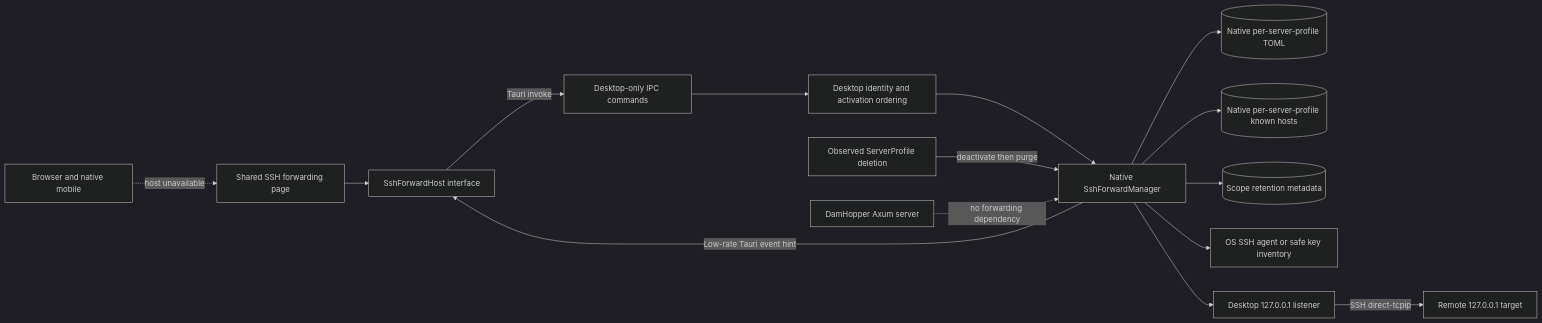
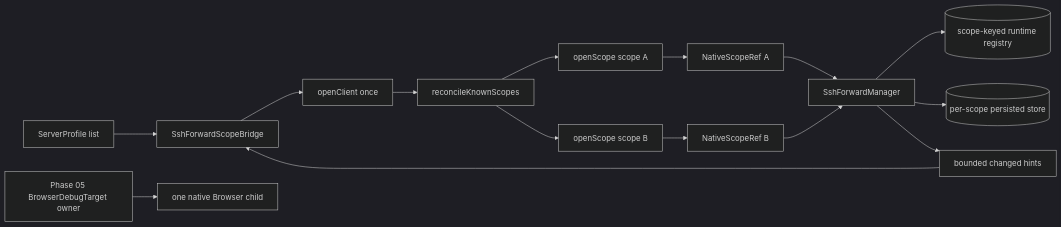
One commit to loidinhm31/dam-hopper changed diagram 14 of 14 in docs/system-architecture.md. Above: the diagram before and after it, drawn with Mermaid (dark theme). The commit also changed other lines of this file and 41 other files, not shown here.

First line of the commit message:
feat(native): implement multi-scope concurrency and platform integration

````diff
--- a/docs/system-architecture.md
+++ b/docs/system-architecture.md
@@ -3169,17 +3159,17 @@
 ```mermaid
 flowchart LR
-    UI[Shared SSH forwarding page] --> Host[SshForwardHost interface]
-    Host -->|Tauri invoke| IPC[Desktop-only IPC commands]
-    IPC --> Ordering[Desktop identity and activation ordering]
-    Ordering --> Manager[Native SshForwardManager]
-    Manager --> Profiles[(Native per-server-profile TOML)]
-    Manager --> KnownHosts[(Native per-server-profile known hosts)]
-    Manager --> ScopeMeta[(Scope retention metadata)]
-    Manager --> Agent[OS SSH agent or safe key inventory]
-    Manager --> Listener[Desktop 127.0.0.1 listener]
-    Listener -->|SSH direct-tcpip| Target[Remote 127.0.0.1 target]
-    Manager -->|Low-rate Tauri event hint| Host
-    Delete[Observed ServerProfile deletion] -->|deactivate then purge| Manager
-    Web[Browser and native mobile] -. host unavailable .-> UI
-    Axum[DamHopper Axum server] -. no forwarding dependency .-> Manager
+    Profiles[ServerProfile list] --> Bridge[SshForwardScopeBridge]
+    Bridge --> Client[openClient once]
+    Client --> Reconcile[reconcileKnownScopes]
+    Reconcile --> ScopeA[openScope scope A]
+    Reconcile --> ScopeB[openScope scope B]
+    ScopeA --> RefA[NativeScopeRef A]
+    ScopeB --> RefB[NativeScopeRef B]
+    RefA --> Manager[SshForwardManager]
+    RefB --> Manager
+    Manager --> Runtime[(scope-keyed runtime registry)]
+    Manager --> Store[(per-scope persisted store)]
+    Manager --> Events[bounded changed hints]
+    Events --> Bridge
+    Browser[Phase 05 BrowserDebugTarget owner] --> NativeBrowser[one native Browser child]
 ```
````
